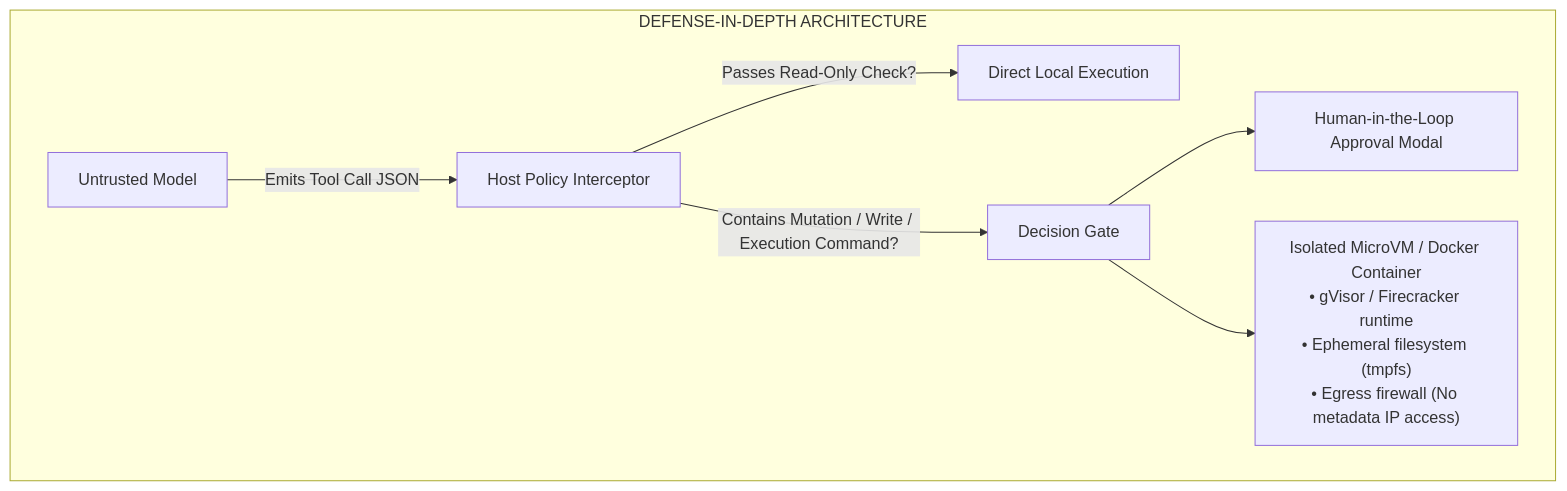
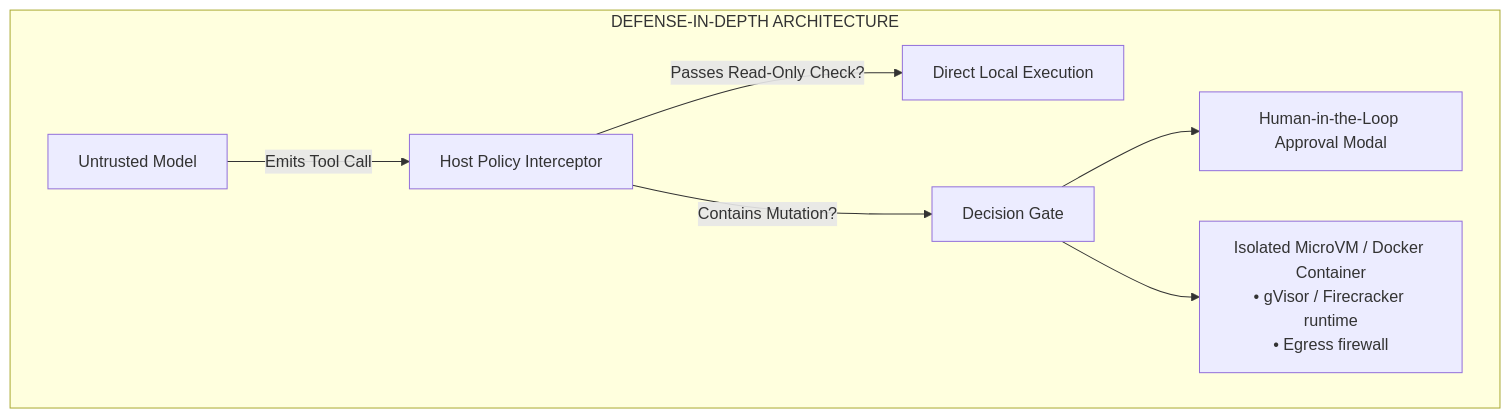
Before and after one commit to dip4k/senior-engineer-to-ai-engineer-roadmap: the fourth of 5 diagrams in 03-tools-and-model-context-protocol/README.md, drawn with Mermaid. The commit also changed other lines of this file and 39 other files, not shown here.

First line of the commit message:
Enhance use case documentation for Enterprise AI, including new architectural standards and resilience implementations

````diff
--- a/03-tools-and-model-context-protocol/README.md
+++ b/03-tools-and-model-context-protocol/README.md
@@ -185,10 +115,10 @@
 ```mermaid
 flowchart TD
     subgraph Defense["DEFENSE-IN-DEPTH ARCHITECTURE"]
-        Model["Untrusted Model"] -->|Emits Tool Call JSON| Interceptor["Host Policy Interceptor"]
+        Model["Untrusted Model"] -->|Emits Tool Call| Interceptor["Host Policy Interceptor"]
         Interceptor -->|Passes Read-Only Check?| Direct["Direct Local Execution"]
-        Interceptor -->|Contains Mutation / Write / Execution Command?| Gate["Decision Gate"]
+        Interceptor -->|Contains Mutation?| Gate["Decision Gate"]
         Gate --> HITL["Human-in-the-Loop Approval Modal"]
-        Gate --> Sandbox["Isolated MicroVM / Docker Container<br>• gVisor / Firecracker runtime<br>• Ephemeral filesystem (tmpfs)<br>• Egress firewall (No metadata IP access)"]
+        Gate --> Sandbox["Isolated MicroVM / Docker Container<br>• gVisor / Firecracker runtime<br>• Egress firewall"]
     end
 ```
````
